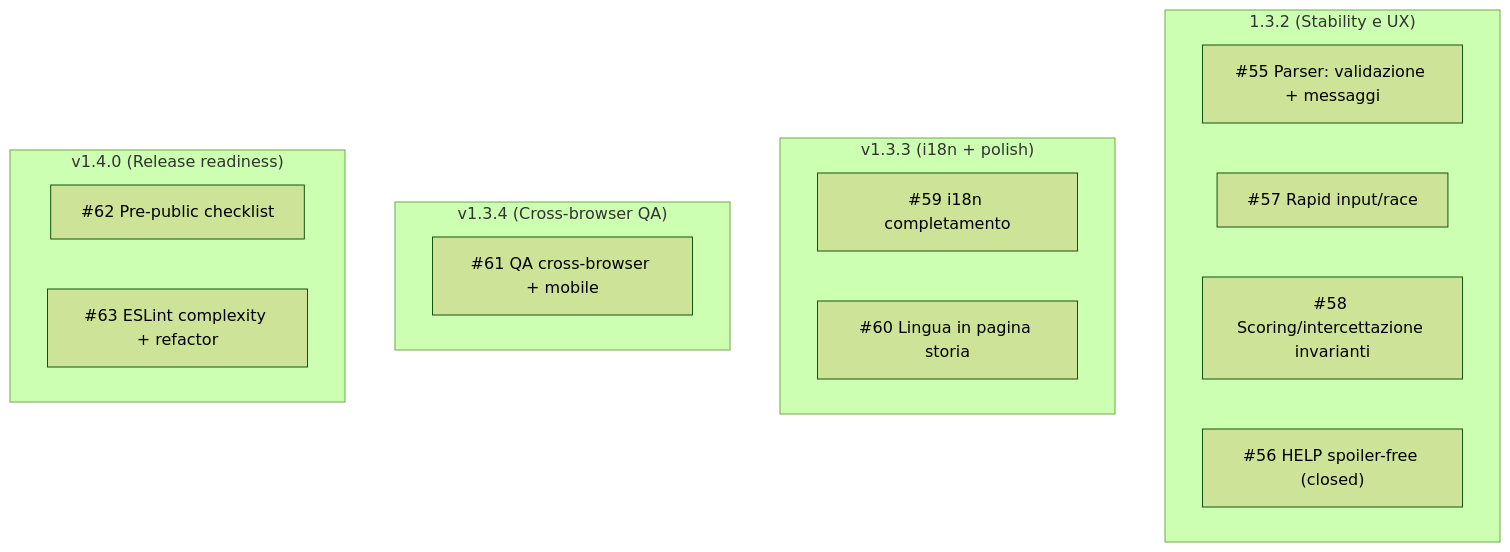
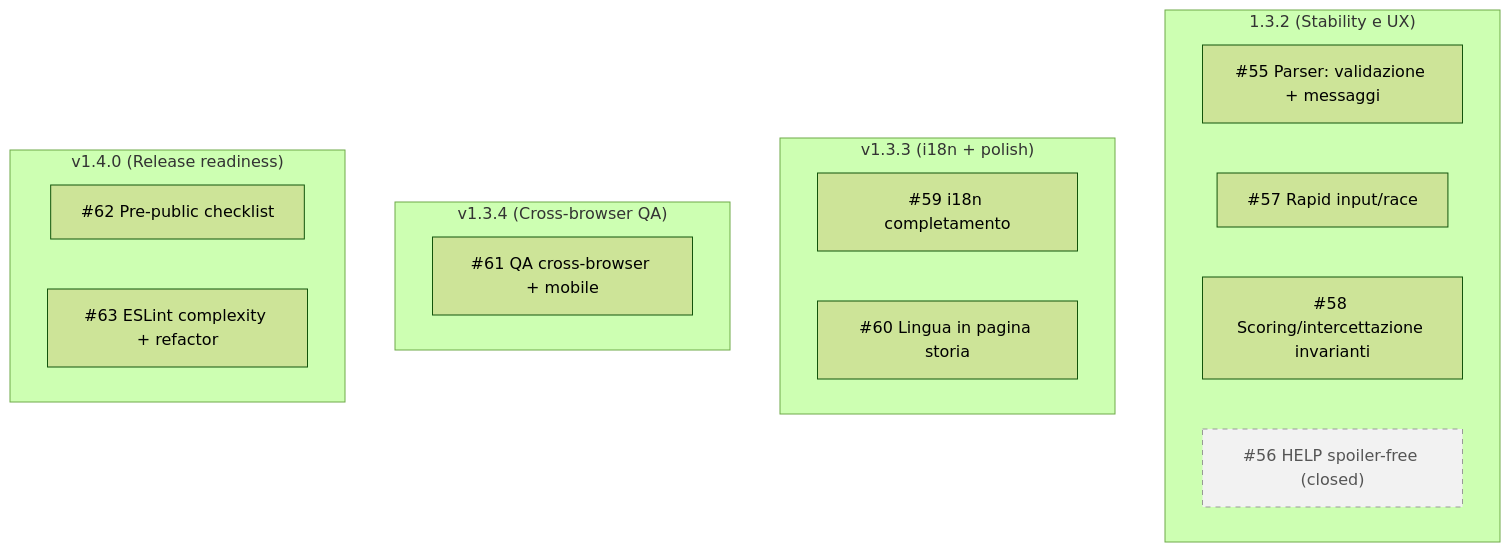
One commit to Aqualung61/MissioneOdessa changed the diagram in docs/20260113_nextsteps.md. Above: the diagram before and after it, drawn with Mermaid (forest theme). The commit also changed other lines of this file, not shown here.

````diff
--- a/docs/20260113_nextsteps.md
+++ b/docs/20260113_nextsteps.md
@@ -38,24 +40,27 @@
 ```mermaid
 flowchart TB
 
   subgraph M132["1.3.2 (Stability e UX)"]
     I55["#55 Parser: validazione + messaggi"]
     I57["#57 Rapid input/race"]
     I58["#58 Scoring/intercettazione invarianti"]
     I56["#56 HELP spoiler-free (closed)"]
   end
 
   subgraph M133["v1.3.3 (i18n + polish)"]
     I59["#59 i18n completamento"]
     I60["#60 Lingua in pagina storia"]
   end
 
   subgraph M134["v1.3.4 (Cross-browser QA)"]
     I61["#61 QA cross-browser + mobile"]
   end
 
   subgraph M140["v1.4.0 (Release readiness)"]
     I62["#62 Pre-public checklist"]
     I63["#63 ESLint complexity + refactor"]
   end
+
+  classDef closed fill:#f2f2f2,stroke:#999,stroke-dasharray: 5 5,color:#555;
+  class I56 closed;
 ```
````
